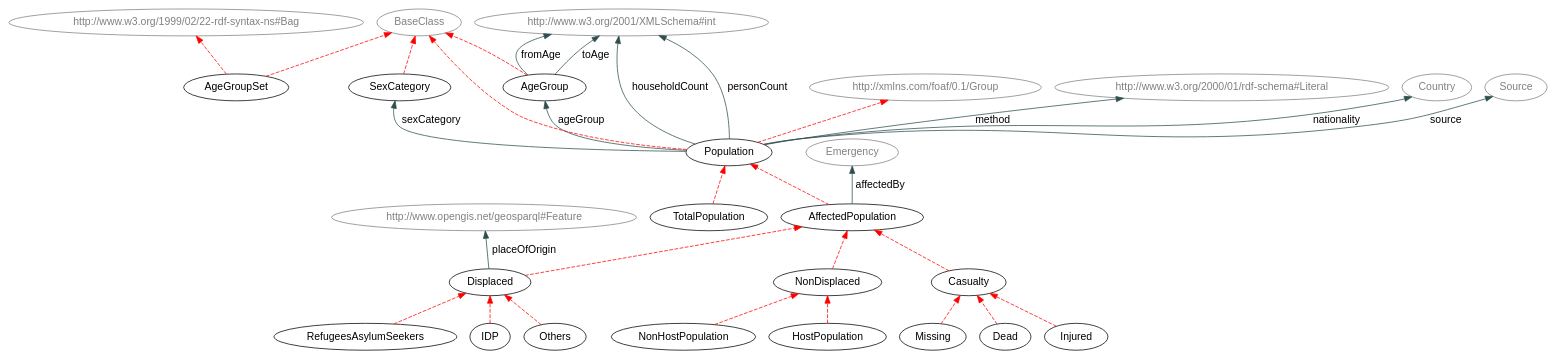
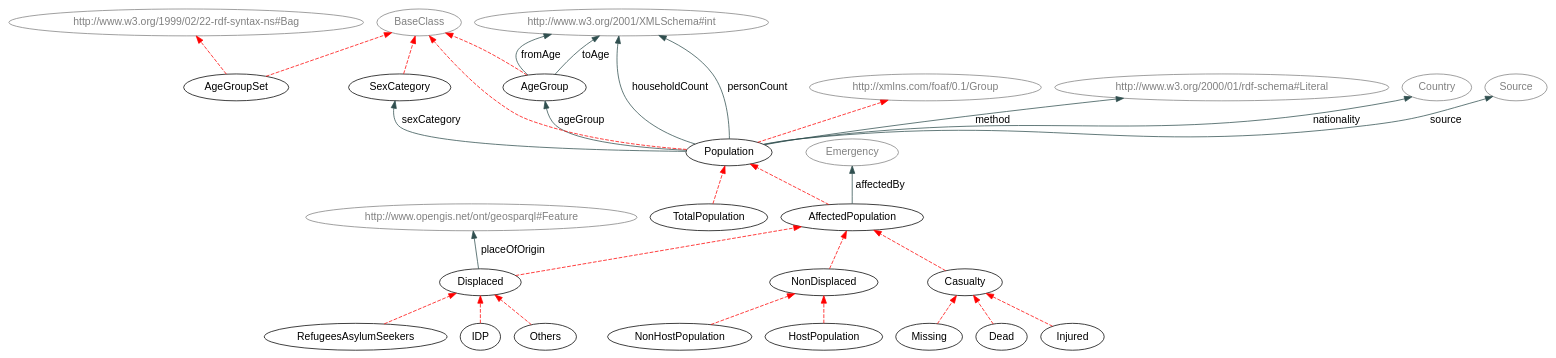
One commit to hxl-team/HXL-Vocab changed the diagram in Tools/humanitarianProfileSection.dot. Above: the diagram before and after it, drawn with Graphviz. The commit also changed 33 other files, not shown here.

```diff
--- a/Tools/humanitarianProfileSection.dot
+++ b/Tools/humanitarianProfileSection.dot
@@ -1,71 +1,71 @@
 digraph { 
  rankdir="BT";	
  charset="utf-8";
  overlap=false;
  edge [color=darkslategray];
  edge [fontname=Helvetica];
  node [fontname=Helvetica];
 
 "AffectedPopulation" [ URL = "./#AffectedPopulation"] ;
 		"AffectedPopulation" -> "Population" [ color=red style="dashed" ]; 
 			"AgeGroup" [ URL = "./#AgeGroup"] ;
 		"BaseClass" [ URL = "./#AgeGroup" color="gray" fontcolor="gray"] ;
 				"AgeGroup" -> "BaseClass" [ color=red style="dashed" ]; 
 			"AgeGroupSet" [ URL = "./#AgeGroupSet"] ;
 		"BaseClass" [ URL = "./#AgeGroupSet" color="gray" fontcolor="gray"] ;
 				"AgeGroupSet" -> "BaseClass" [ color=red style="dashed" ]; 
 			"http://www.w3.org/1999/02/22-rdf-syntax-ns#Bag" [ URL = "./#AgeGroupSet" color="gray" fontcolor="gray"] ;
 				"AgeGroupSet" -> "http://www.w3.org/1999/02/22-rdf-syntax-ns#Bag" [ color=red style="dashed" ]; 
 			"Casualty" [ URL = "./#Casualty"] ;
 		"Casualty" -> "AffectedPopulation" [ color=red style="dashed" ]; 
 			"Dead" [ URL = "./#Dead"] ;
 		"Dead" -> "Casualty" [ color=red style="dashed" ]; 
 			"Displaced" [ URL = "./#Displaced"] ;
 		"Displaced" -> "AffectedPopulation" [ color=red style="dashed" ]; 
 			"HostPopulation" [ URL = "./#HostPopulation"] ;
 		"HostPopulation" -> "NonDisplaced" [ color=red style="dashed" ]; 
 			"IDP" [ URL = "./#IDP"] ;
 		"IDP" -> "Displaced" [ color=red style="dashed" ]; 
 			"Injured" [ URL = "./#Injured"] ;
 		"Injured" -> "Casualty" [ color=red style="dashed" ]; 
 			"Missing" [ URL = "./#Missing"] ;
 		"Missing" -> "Casualty" [ color=red style="dashed" ]; 
 			"NonDisplaced" [ URL = "./#NonDisplaced"] ;
 		"NonDisplaced" -> "AffectedPopulation" [ color=red style="dashed" ]; 
 			"NonHostPopulation" [ URL = "./#NonHostPopulation"] ;
 		"NonHostPopulation" -> "NonDisplaced" [ color=red style="dashed" ]; 
 			"Others" [ URL = "./#Others"] ;
 		"Others" -> "Displaced" [ color=red style="dashed" ]; 
 			"Population" [ URL = "./#Population"] ;
 		"BaseClass" [ URL = "./#Population" color="gray" fontcolor="gray"] ;
 				"Population" -> "BaseClass" [ color=red style="dashed" ]; 
 			"http://xmlns.com/foaf/0.1/Group" [ URL = "./#Population" color="gray" fontcolor="gray"] ;
 				"Population" -> "http://xmlns.com/foaf/0.1/Group" [ color=red style="dashed" ]; 
 			"RefugeesAsylumSeekers" [ URL = "./#RefugeesAsylumSeekers"] ;
 		"RefugeesAsylumSeekers" -> "Displaced" [ color=red style="dashed" ]; 
 			"SexCategory" [ URL = "./#SexCategory"] ;
 		"BaseClass" [ URL = "./#SexCategory" color="gray" fontcolor="gray"] ;
 				"SexCategory" -> "BaseClass" [ color=red style="dashed" ]; 
 			"TotalPopulation" [ URL = "./#TotalPopulation"] ;
 		"TotalPopulation" -> "Population" [ color=red style="dashed" ]; 
 			"Emergency" [ URL = "./#Emergency" color="gray" fontcolor="gray"] ;
 					"AffectedPopulation" -> "Emergency" [ label="affectedBy" URL = "./#affectedBy"]; 
 				"Population" -> "AgeGroup" [ label="ageGroup" URL = "./#ageGroup"]; 
 				"http://www.w3.org/2001/XMLSchema#int" [ URL = "./#http://www.w3.org/2001/XMLSchema#int" color="gray" fontcolor="gray"] ;
 					"AgeGroup" -> "http://www.w3.org/2001/XMLSchema#int" [ label="fromAge" URL = "./#fromAge"]; 
 				"http://www.w3.org/2001/XMLSchema#int" [ URL = "./#http://www.w3.org/2001/XMLSchema#int" color="gray" fontcolor="gray"] ;
 					"Population" -> "http://www.w3.org/2001/XMLSchema#int" [ label="householdCount" URL = "./#householdCount"]; 
 				"http://www.w3.org/2000/01/rdf-schema#Literal" [ URL = "./#http://www.w3.org/2000/01/rdf-schema#Literal" color="gray" fontcolor="gray"] ;
 					"Population" -> "http://www.w3.org/2000/01/rdf-schema#Literal" [ label="method" URL = "./#method"]; 
 				"Country" [ URL = "./#Country" color="gray" fontcolor="gray"] ;
 					"Population" -> "Country" [ label="nationality" URL = "./#nationality"]; 
 				"http://www.w3.org/2001/XMLSchema#int" [ URL = "./#http://www.w3.org/2001/XMLSchema#int" color="gray" fontcolor="gray"] ;
 					"Population" -> "http://www.w3.org/2001/XMLSchema#int" [ label="personCount" URL = "./#personCount"]; 
-				"http://www.opengis.net/geosparql#Feature" [ URL = "./#http://www.opengis.net/geosparql#Feature" color="gray" fontcolor="gray"] ;
-					"Displaced" -> "http://www.opengis.net/geosparql#Feature" [ label="placeOfOrigin" URL = "./#placeOfOrigin"]; 
+				"http://www.opengis.net/ont/geosparql#Feature" [ URL = "./#http://www.opengis.net/ont/geosparql#Feature" color="gray" fontcolor="gray"] ;
+					"Displaced" -> "http://www.opengis.net/ont/geosparql#Feature" [ label="placeOfOrigin" URL = "./#placeOfOrigin"]; 
 				"Population" -> "SexCategory" [ label="sexCategory" URL = "./#sexCategory"]; 
 				"Source" [ URL = "./#Source" color="gray" fontcolor="gray"] ;
 					"Population" -> "Source" [ label="source" URL = "./#source"]; 
 				"http://www.w3.org/2001/XMLSchema#int" [ URL = "./#http://www.w3.org/2001/XMLSchema#int" color="gray" fontcolor="gray"] ;
 					"AgeGroup" -> "http://www.w3.org/2001/XMLSchema#int" [ label="toAge" URL = "./#toAge"]; 
 				}
```
